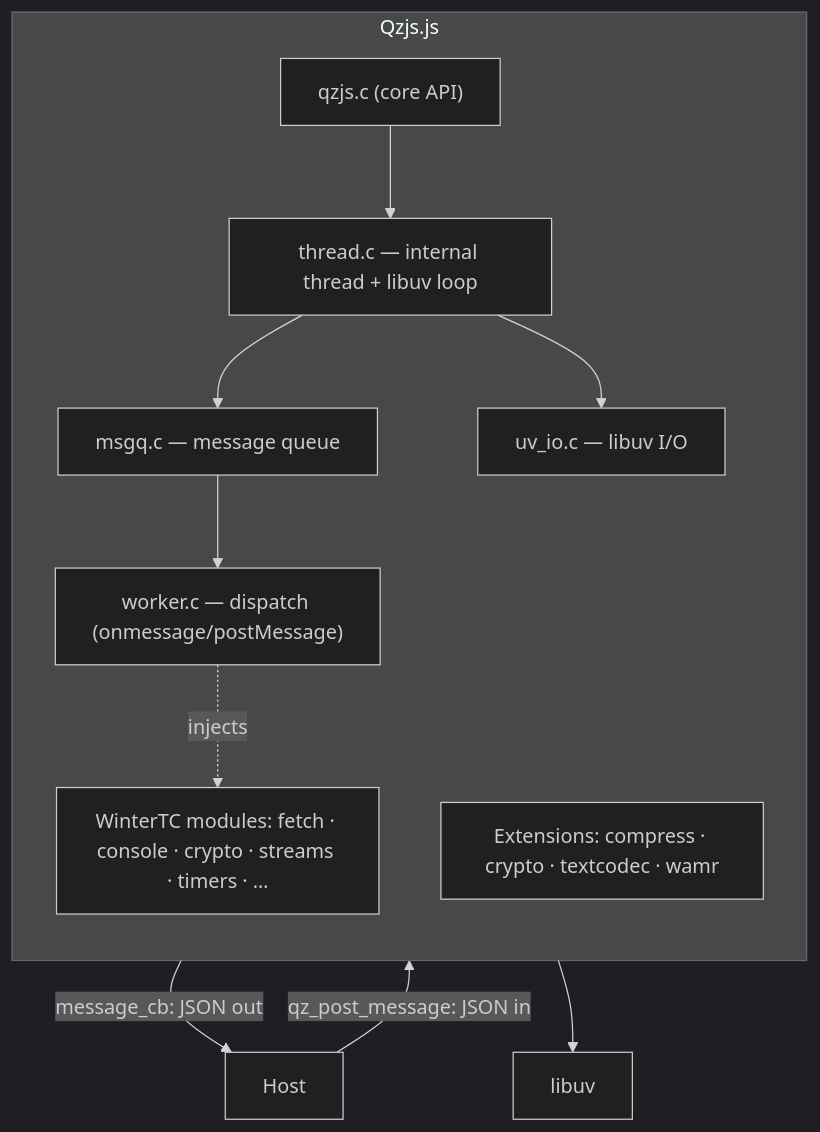
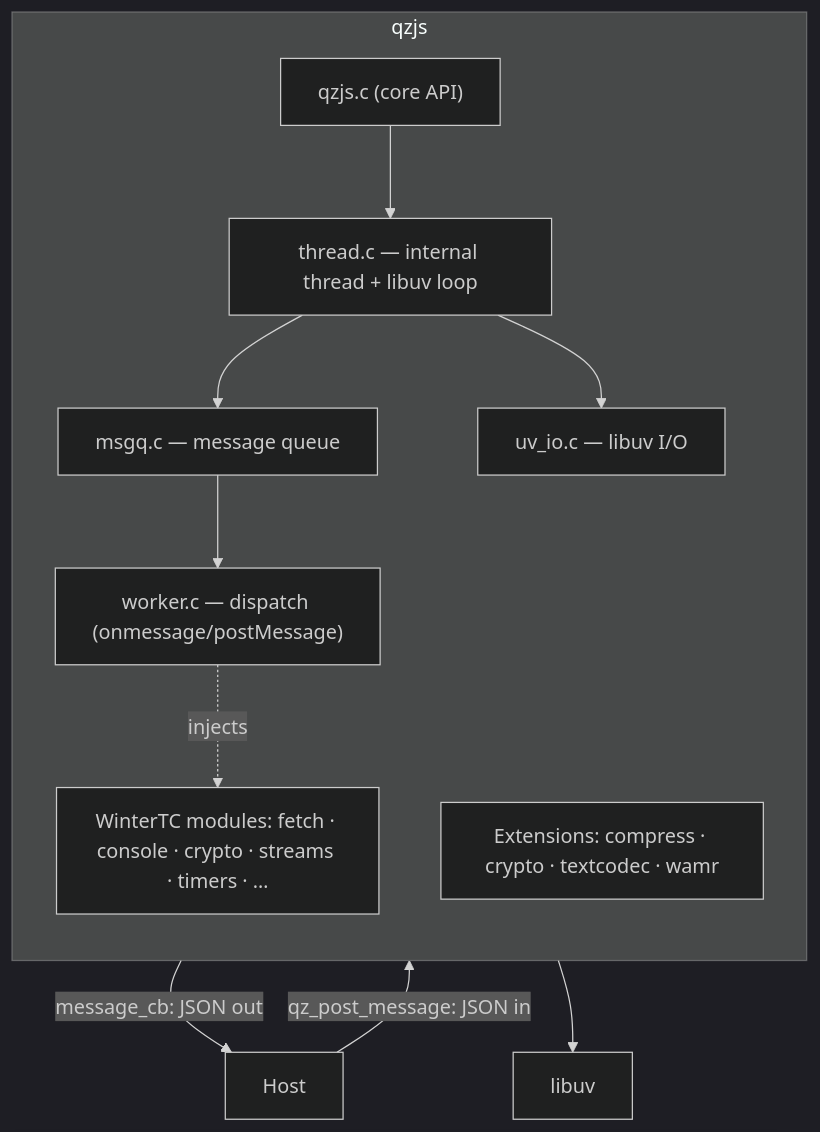
Before and after one commit to adam-ikari/qwrt: the diagram in docs/index.md, drawn with Mermaid (dark theme). The commit also changed other lines of this file and 99 other files, not shown here.

````diff
--- a/docs/index.md
+++ b/docs/index.md
@@ -73,21 +73,21 @@
 ```mermaid
 flowchart TB
-    subgraph AM["Qzjs.js"]
+    subgraph AM["qzjs"]
         direction TB
         Core["qzjs.c (core API)"]
         Thread["thread.c — internal thread + libuv loop"]
         Msgq["msgq.c — message queue"]
         Worker["worker.c — dispatch (onmessage/postMessage)"]
         UvIO["uv_io.c — libuv I/O"]
         Core --> Thread
         Thread --> Msgq
         Msgq --> Worker
         Thread --> UvIO
         JS["WinterTC modules: fetch · console · crypto · streams · timers · …"]
         ExtList["Extensions: compress · crypto · textcodec · wamr"]
         Worker -.injects.-> JS
     end
     HOST["Host"] -->|"qz_post_message: JSON in"| Msgq
     Worker -->|"message_cb: JSON out"| HOST
     UvIO --> LIBUV["libuv"]
 ```
````
